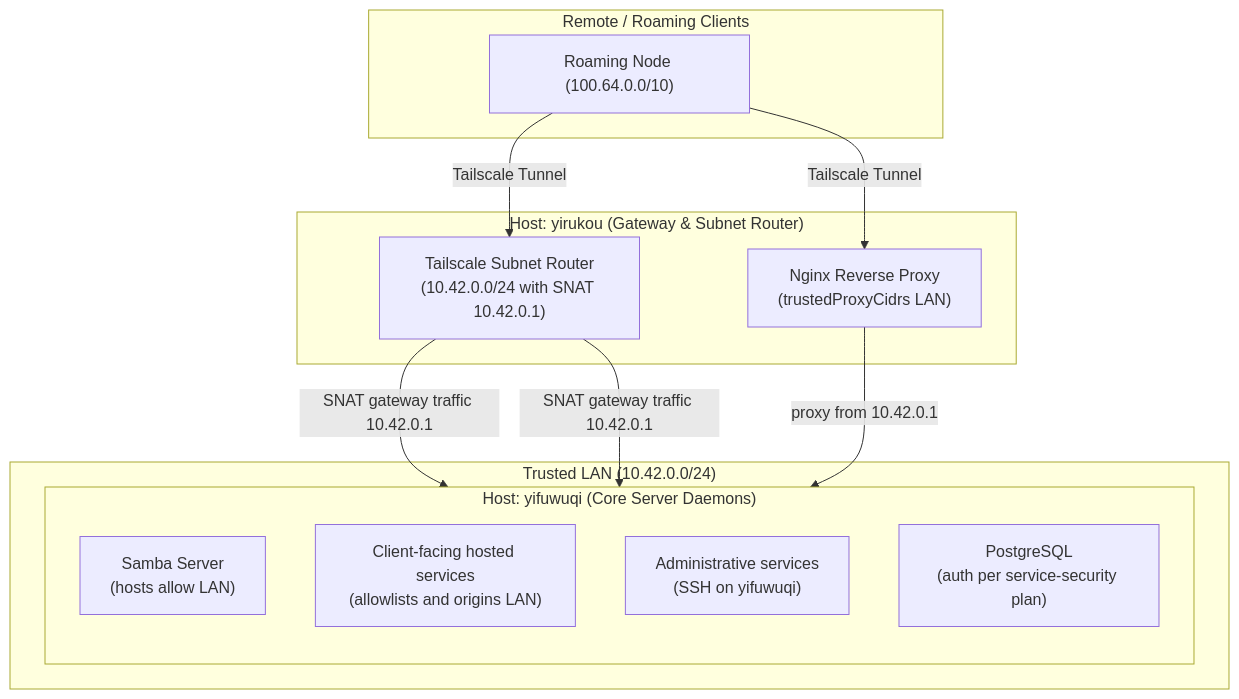
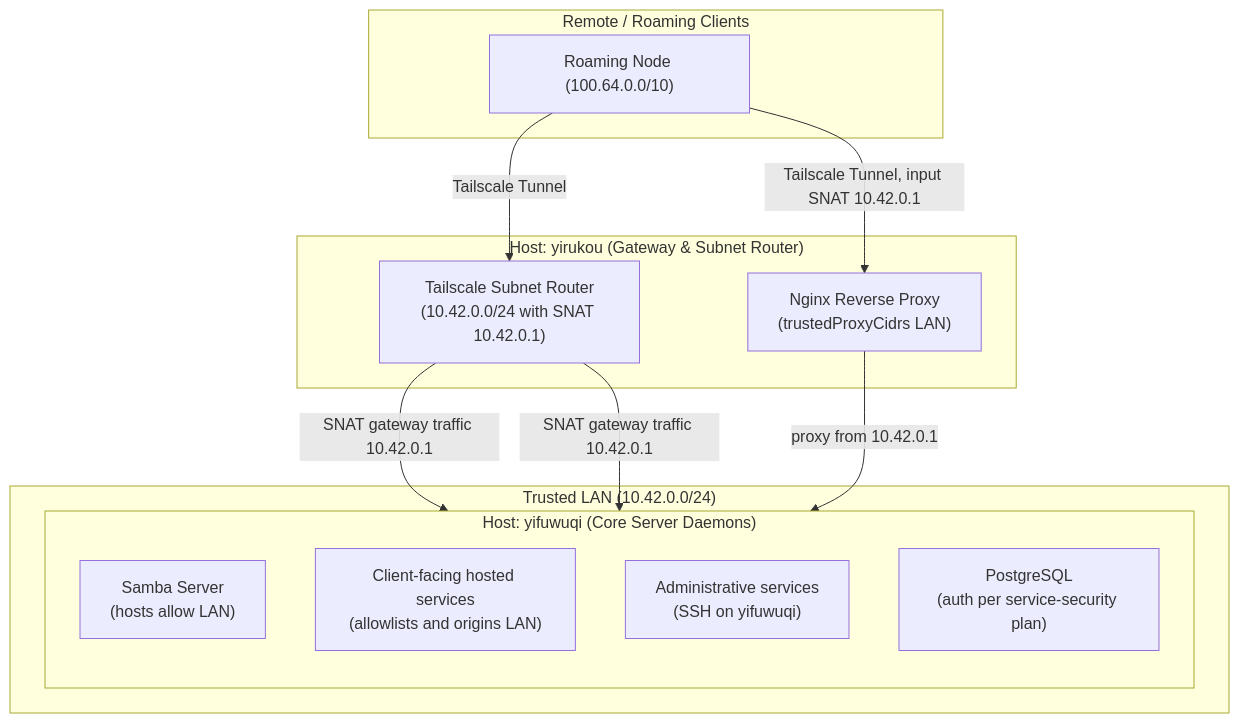
Before and after one commit to categoricalcat/nixos: the first of 2 diagrams in docs/src/plans/vpn-to-lan-migration-plan.md, drawn with Mermaid. The commit also changed other lines of this file and 20 other files, not shown here.

````diff
--- a/docs/src/plans/vpn-to-lan-migration-plan.md
+++ b/docs/src/plans/vpn-to-lan-migration-plan.md
@@ -21,27 +22,27 @@
 ```mermaid
 flowchart TD
     subgraph External["Remote / Roaming Clients"]
         REMOTE["Roaming Node (100.64.0.0/10)"]
     end
 
     subgraph Gateway["Host: yirukou (Gateway & Subnet Router)"]
         SR["Tailscale Subnet Router<br/>(10.42.0.0/24 with SNAT 10.42.0.1)"]
         NGX["Nginx Reverse Proxy<br/>(trustedProxyCidrs LAN)"]
     end
 
     subgraph LAN["Trusted LAN (10.42.0.0/24)"]
         subgraph Yifuwuqi["Host: yifuwuqi (Core Server Daemons)"]
             direction TB
             SMB["Samba Server<br/>(hosts allow LAN)"]
             APPS["Client-facing hosted services<br/>(allowlists and origins LAN)"]
             ADMIN["Administrative services<br/>(SSH on yifuwuqi)"]
             PG["PostgreSQL<br/>(auth per service-security plan)"]
         end
     end
 
     REMOTE -->|Tailscale Tunnel| SR
-    REMOTE -->|Tailscale Tunnel| NGX
+    REMOTE -->|"Tailscale Tunnel, input SNAT 10.42.0.1"| NGX
     SR -->|SNAT gateway traffic 10.42.0.1| SMB
     SR -->|SNAT gateway traffic 10.42.0.1| PG
     NGX -->|proxy from 10.42.0.1| APPS
 ```
````
